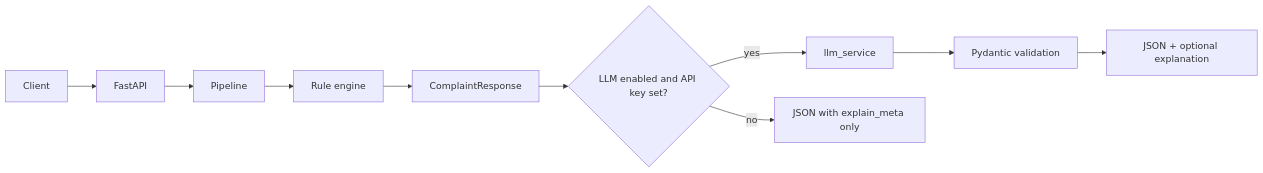
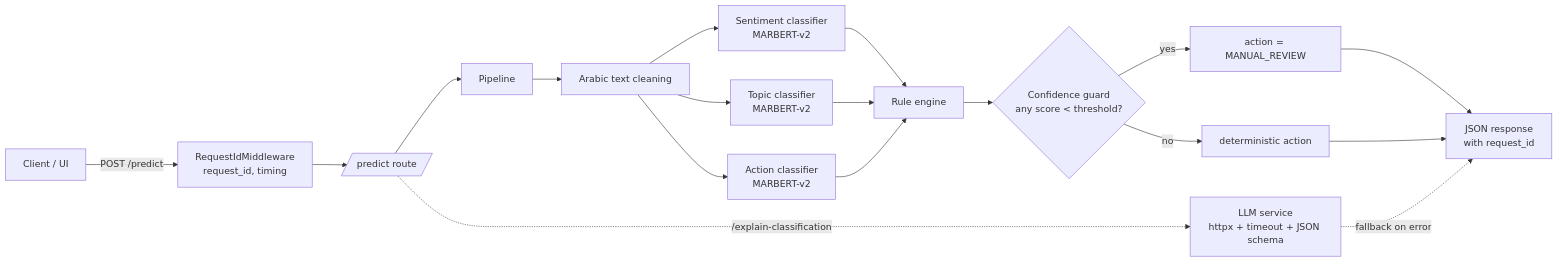
Before and after one commit to yousef0852/text-complaint-api: the diagram in README.md, drawn with Mermaid. The commit also changed other lines of this file and 50 other files, not shown here.

````diff
--- a/README.md
+++ b/README.md
@@ -27,12 +30,21 @@
 ```mermaid
 flowchart LR
-  req[Client] --> api[FastAPI]
-  api --> pipe[Pipeline]
-  pipe --> rules[Rule engine]
-  rules --> cls[ComplaintResponse]
-  cls --> opt{LLM enabled and API key set?}
-  opt -->|yes| llm[llm_service]
-  opt -->|no| out[JSON with explain_meta only]
-  llm --> val[Pydantic validation]
-  val --> out2[JSON + optional explanation]
+    Client[Client / UI] -->|POST /predict| MW[RequestIdMiddleware\nrequest_id, timing]
+    MW --> Route[/predict route/]
+    Route --> Pipe[Pipeline]
+    Pipe --> Clean[Arabic text cleaning]
+    Clean --> Sent[Sentiment classifier\nMARBERT-v2]
+    Clean --> Topic[Topic classifier\nMARBERT-v2]
+    Clean --> Action[Action classifier\nMARBERT-v2]
+    Sent --> Rules[Rule engine]
+    Topic --> Rules
+    Action --> Rules
+    Rules --> Guard{Confidence guard\nany score < threshold?}
+    Guard -- yes --> Manual[action = MANUAL_REVIEW]
+    Guard -- no --> Auto[deterministic action]
+    Manual --> Resp[JSON response\nwith request_id]
+    Auto --> Resp
+
+    Route -. /explain-classification .-> LLM[LLM service\nhttpx + timeout + JSON schema]
+    LLM -. fallback on error .-> Resp
 ```
````
